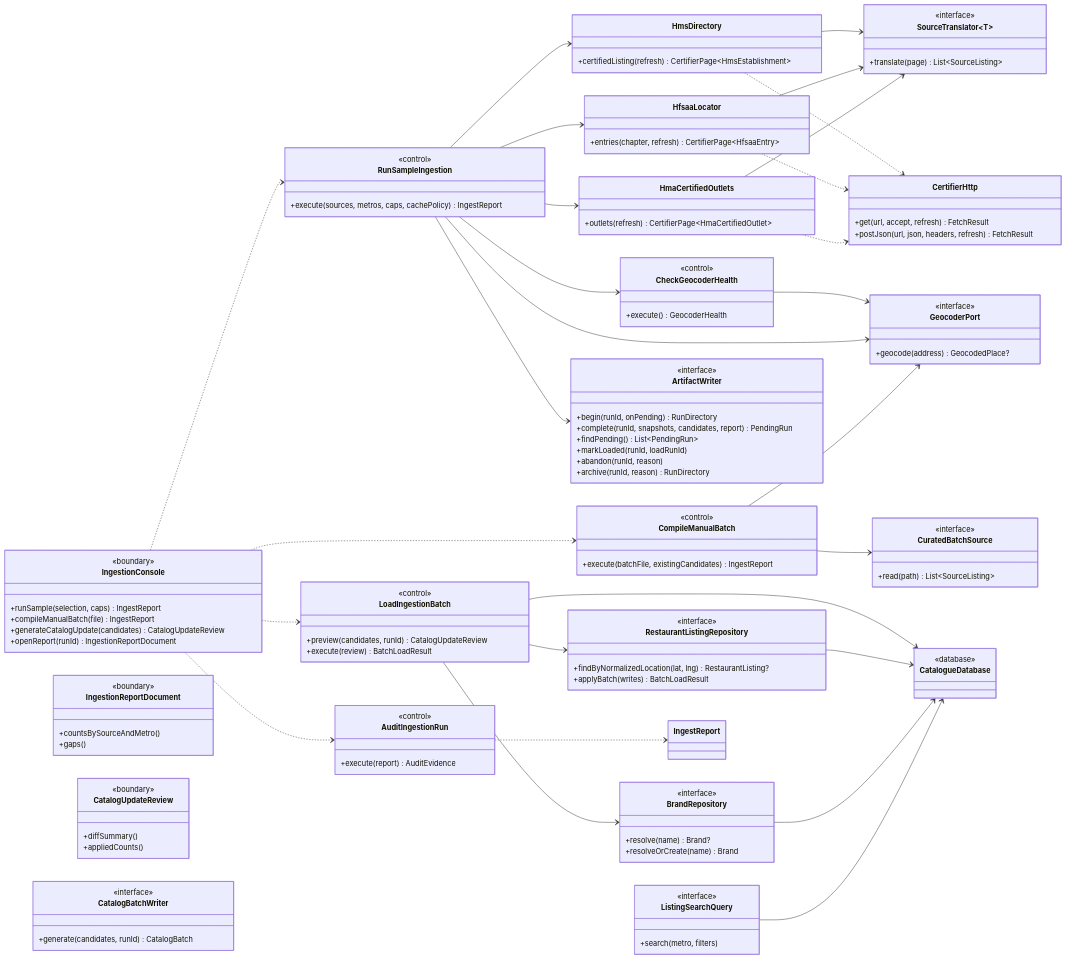
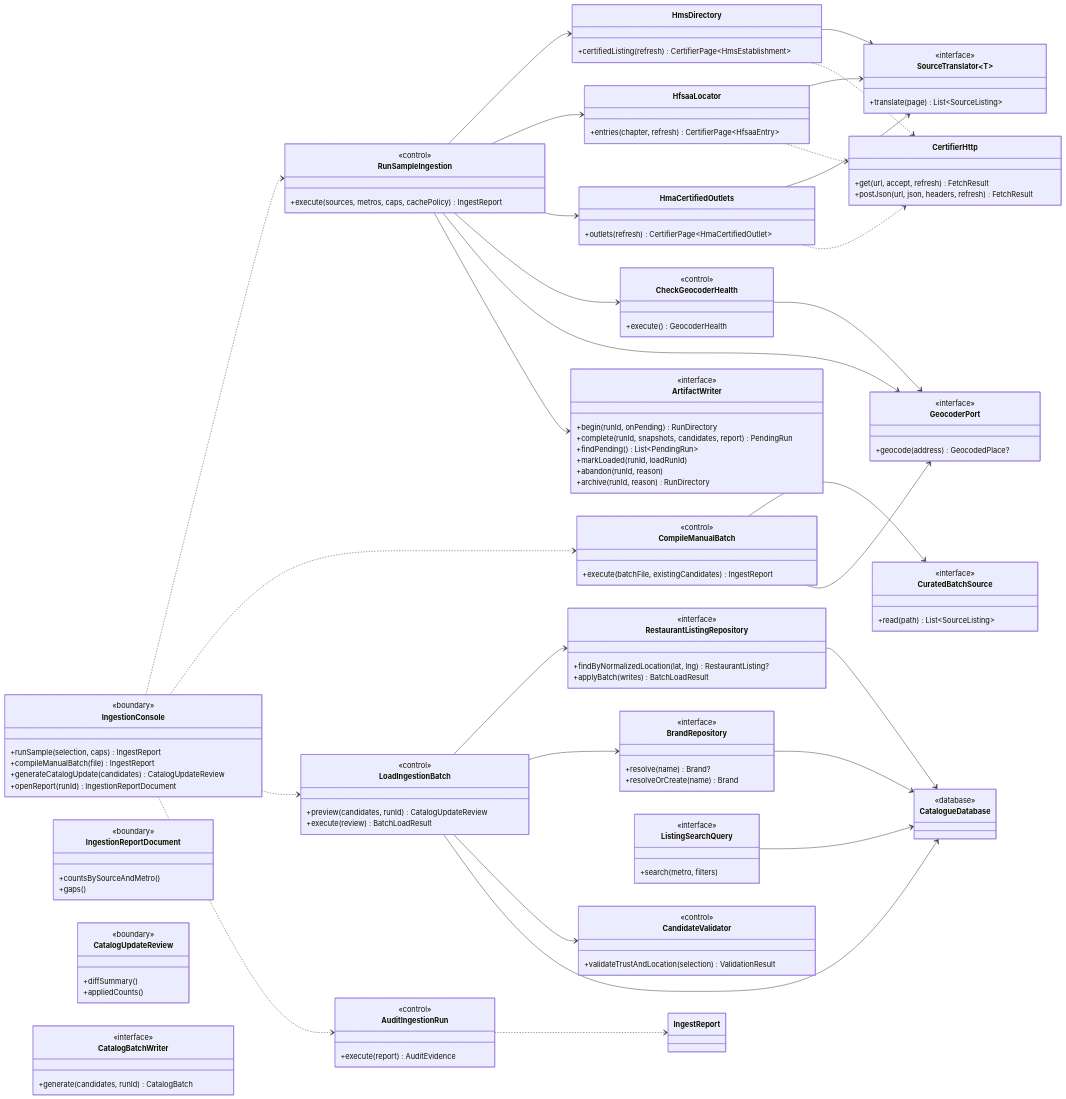
Before and after one commit to Losers-Lab/tahirs-list: the third of 3 diagrams in docs/features/SC-211/05-class-diagram-system.md, drawn with Mermaid. The commit also changed other lines of this file, not shown here.

Commit message:
[SC-211] Align class diagram with load flow

```diff
--- a/docs/features/SC-211/05-class-diagram-system.md
+++ b/docs/features/SC-211/05-class-diagram-system.md
@@ -109,6 +109,10 @@
     <<control>>
     +preview(candidates, runId) CatalogUpdateReview
     +execute(review) BatchLoadResult
+  }
+  class CandidateValidator {
+    <<control>>
+    +validateTrustAndLocation(selection) ValidationResult
   }
   class AuditIngestionRun {
     <<control>>
@@ -191,6 +195,7 @@
   CompileManualBatch --> GeocoderPort
   LoadIngestionBatch --> RestaurantListingRepository
   LoadIngestionBatch --> BrandRepository
+  LoadIngestionBatch --> CandidateValidator
   LoadIngestionBatch --> CatalogueDatabase
   RestaurantListingRepository --> CatalogueDatabase
   BrandRepository --> CatalogueDatabase
```
